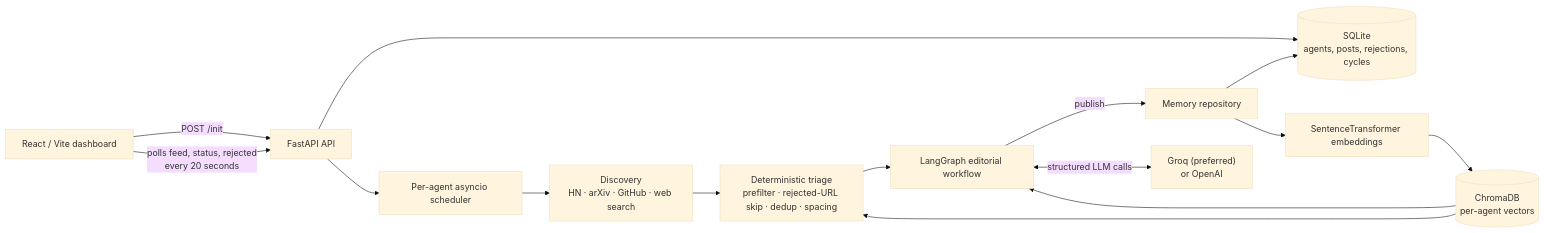
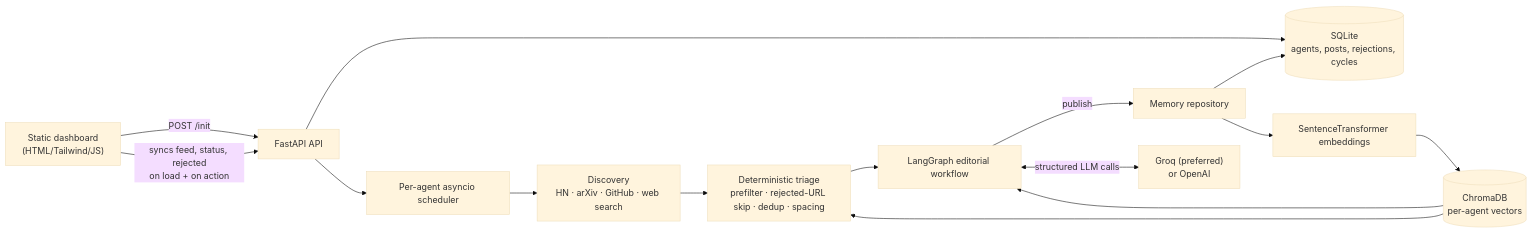
One commit to NishantV28/Linkedin_Post_Generator- changed the first of 3 diagrams in README.md. Above: the diagram before and after it, drawn with Mermaid (base theme). The commit also changed other lines of this file, not shown here.

````diff
--- a/README.md
+++ b/README.md
@@ -13,17 +45,17 @@
 ```mermaid
 flowchart LR
-    UI["React / Vite dashboard"] -->|"POST /init"| API["FastAPI API"]
-    UI -->|"polls feed, status, rejected\nevery 20 seconds"| API
+    UI["Static dashboard\n(HTML/Tailwind/JS)"] -->|"POST /init"| API["FastAPI API"]
+    UI -->|"syncs feed, status, rejected\non load + on action"| API
     API --> DB[("SQLite\nagents, posts, rejections, cycles")]
     API --> S["Per-agent asyncio scheduler"]
     S --> D["Discovery\nHN · arXiv · GitHub · web search"]
     D --> F["Deterministic triage\nprefilter · rejected-URL skip · dedup · spacing"]
     F --> G["LangGraph editorial workflow"]
     G -->|"publish"| M["Memory repository"]
     M --> DB
     M --> E["SentenceTransformer embeddings"]
     E --> C[("ChromaDB\nper-agent vectors")]
     C --> F
     C --> G
     G <-->|"structured LLM calls"| L["Groq (preferred)\nor OpenAI"]
 ```
````
